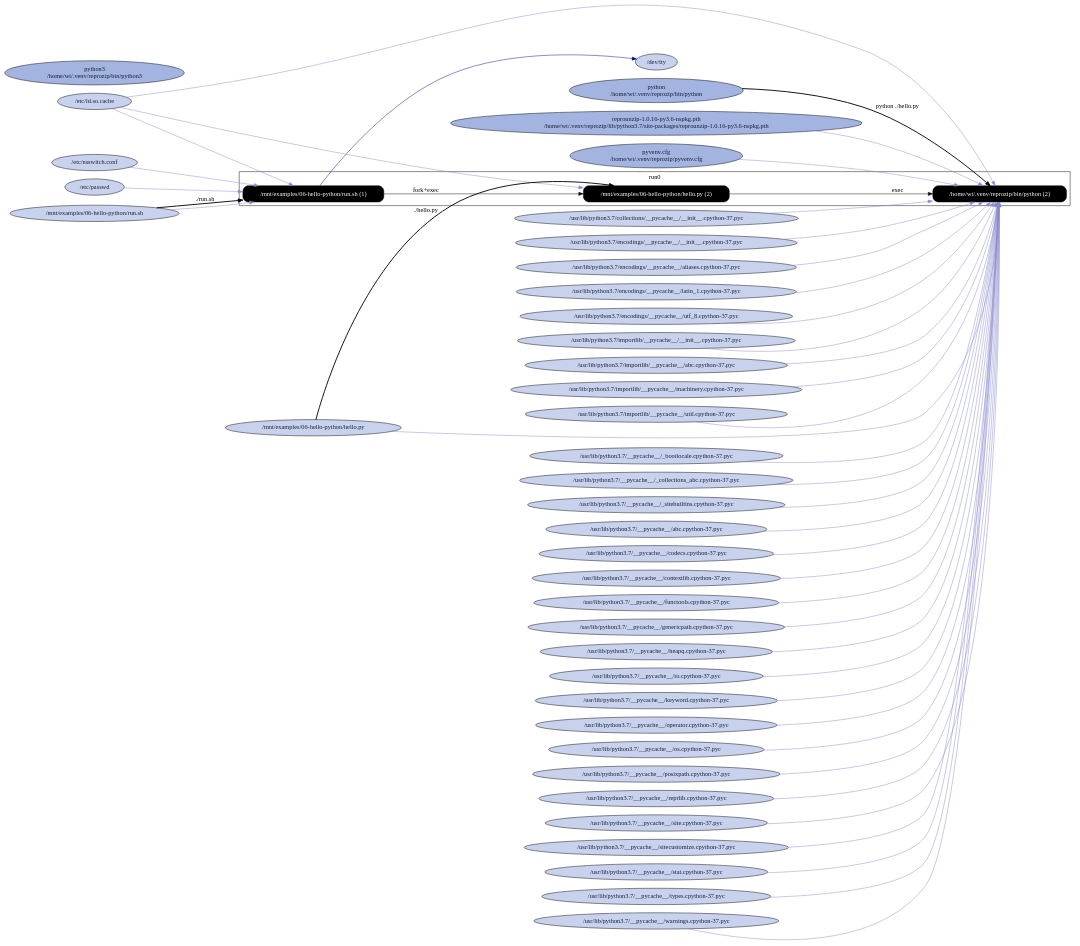
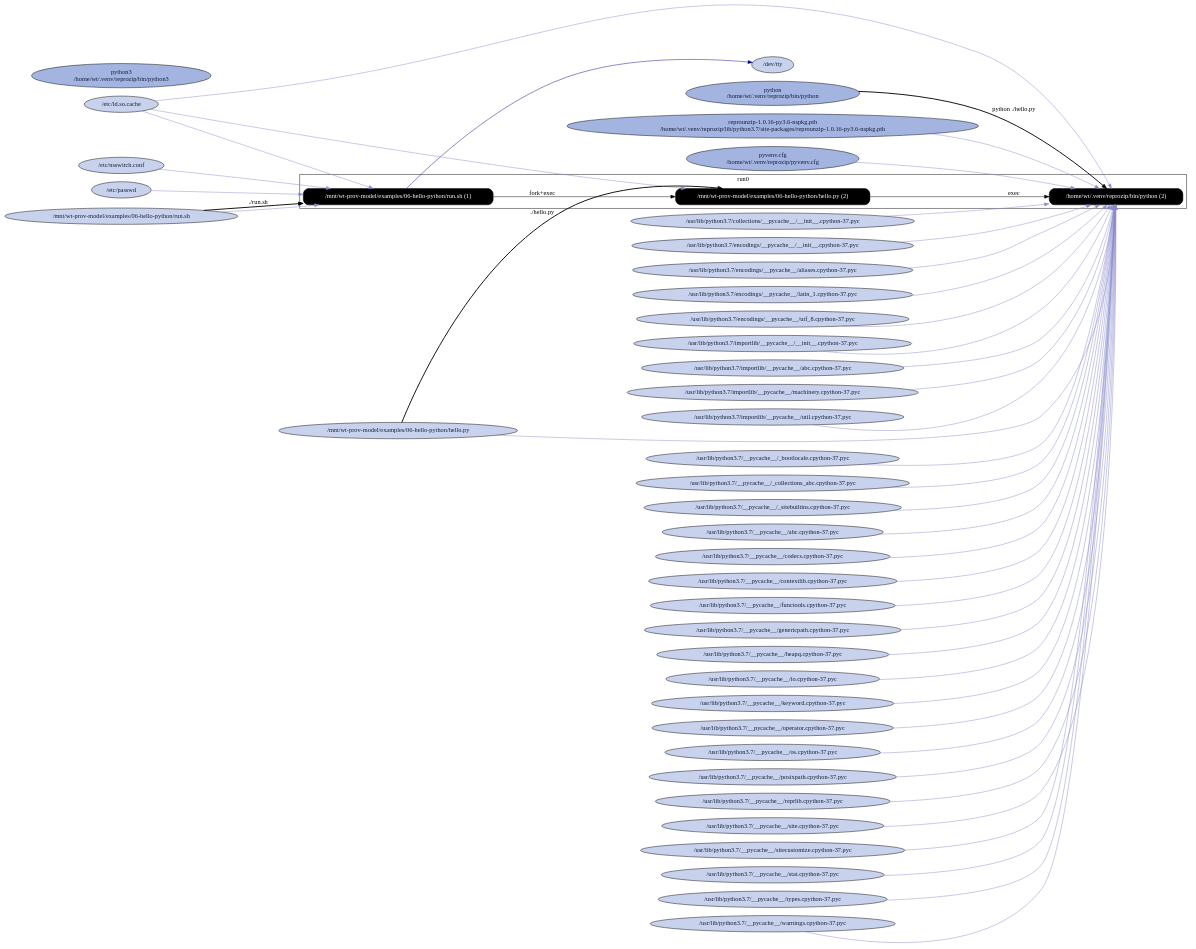
The diagram in examples/06-hello-python/graphs/rpz_C_processes_with_nonpackage_files.dot (CIRSS/cpr), drawn with Graphviz before and after one commit. The commit also changed 106 other files, not shown here.

```diff
--- a/examples/06-hello-python/graphs/rpz_C_processes_with_nonpackage_files.dot
+++ b/examples/06-hello-python/graphs/rpz_C_processes_with_nonpackage_files.dot
@@ -1,100 +1,100 @@
 digraph G {
     rankdir=LR;
 
     /* programs */
     node [shape=box fontcolor=white fillcolor=black style="filled,rounded"];
     subgraph cluster_run0 {
         label="run0";
-        prog0 [label="/mnt/examples/06-hello-python/run.sh (1)"];
-        prog1 [label="/mnt/examples/06-hello-python/hello.py (2)"];
+        prog0 [label="/mnt/wt-prov-model/examples/06-hello-python/run.sh (1)"];
+        prog1 [label="/mnt/wt-prov-model/examples/06-hello-python/hello.py (2)"];
         prog0 -> prog1 [label="fork+exec"];
         prog2 [label="/home/wt/.venv/reprozip/bin/python (2)"];
         prog1 -> prog2 [label="exec"];
     }
 
     node [shape=ellipse fontcolor="#131C39" fillcolor="#C9D2ED"];
 
     /* other files */
     "/dev/tty";
     "/etc/ld.so.cache";
     "/etc/nsswitch.conf";
     "/etc/passwd";
     "/home/wt/.venv/reprozip/bin/python" [fillcolor="#A3B4E0", label="python\n/home/wt/.venv/reprozip/bin/python"];
     "/home/wt/.venv/reprozip/bin/python3" [fillcolor="#A3B4E0", label="python3\n/home/wt/.venv/reprozip/bin/python3"];
     "/home/wt/.venv/reprozip/lib/python3.7/site-packages/reprounzip-1.0.16-py3.6-nspkg.pth" [fillcolor="#A3B4E0", label="reprounzip-1.0.16-py3.6-nspkg.pth\n/home/wt/.venv/reprozip/lib/python3.7/site-packages/reprounzip-1.0.16-py3.6-nspkg.pth"];
     "/home/wt/.venv/reprozip/pyvenv.cfg" [fillcolor="#A3B4E0", label="pyvenv.cfg\n/home/wt/.venv/reprozip/pyvenv.cfg"];
-    "/mnt/examples/06-hello-python/hello.py";
-    "/mnt/examples/06-hello-python/run.sh";
+    "/mnt/wt-prov-model/examples/06-hello-python/hello.py";
+    "/mnt/wt-prov-model/examples/06-hello-python/run.sh";
     "/usr/lib/python3.7/__pycache__/_bootlocale.cpython-37.pyc";
     "/usr/lib/python3.7/__pycache__/_collections_abc.cpython-37.pyc";
     "/usr/lib/python3.7/__pycache__/_sitebuiltins.cpython-37.pyc";
     "/usr/lib/python3.7/__pycache__/abc.cpython-37.pyc";
     "/usr/lib/python3.7/__pycache__/codecs.cpython-37.pyc";
     "/usr/lib/python3.7/__pycache__/contextlib.cpython-37.pyc";
     "/usr/lib/python3.7/__pycache__/functools.cpython-37.pyc";
     "/usr/lib/python3.7/__pycache__/genericpath.cpython-37.pyc";
     "/usr/lib/python3.7/__pycache__/heapq.cpython-37.pyc";
     "/usr/lib/python3.7/__pycache__/io.cpython-37.pyc";
     "/usr/lib/python3.7/__pycache__/keyword.cpython-37.pyc";
     "/usr/lib/python3.7/__pycache__/operator.cpython-37.pyc";
     "/usr/lib/python3.7/__pycache__/os.cpython-37.pyc";
     "/usr/lib/python3.7/__pycache__/posixpath.cpython-37.pyc";
     "/usr/lib/python3.7/__pycache__/reprlib.cpython-37.pyc";
     "/usr/lib/python3.7/__pycache__/site.cpython-37.pyc";
     "/usr/lib/python3.7/__pycache__/sitecustomize.cpython-37.pyc";
     "/usr/lib/python3.7/__pycache__/stat.cpython-37.pyc";
     "/usr/lib/python3.7/__pycache__/types.cpython-37.pyc";
     "/usr/lib/python3.7/__pycache__/warnings.cpython-37.pyc";
     "/usr/lib/python3.7/collections/__pycache__/__init__.cpython-37.pyc";
     "/usr/lib/python3.7/encodings/__pycache__/__init__.cpython-37.pyc";
     "/usr/lib/python3.7/encodings/__pycache__/aliases.cpython-37.pyc";
     "/usr/lib/python3.7/encodings/__pycache__/latin_1.cpython-37.pyc";
     "/usr/lib/python3.7/encodings/__pycache__/utf_8.cpython-37.pyc";
     "/usr/lib/python3.7/importlib/__pycache__/__init__.cpython-37.pyc";
     "/usr/lib/python3.7/importlib/__pycache__/abc.cpython-37.pyc";
     "/usr/lib/python3.7/importlib/__pycache__/machinery.cpython-37.pyc";
     "/usr/lib/python3.7/importlib/__pycache__/util.cpython-37.pyc";
 
-    "/mnt/examples/06-hello-python/run.sh" -> prog0 [style=bold, label="./run.sh"];
+    "/mnt/wt-prov-model/examples/06-hello-python/run.sh" -> prog0 [style=bold, label="./run.sh"];
     "/etc/ld.so.cache" -> prog0 [color="#8888CC"];
     prog0 -> "/dev/tty" [color="#000088"];
     "/etc/nsswitch.conf" -> prog0 [color="#8888CC"];
     "/etc/passwd" -> prog0 [color="#8888CC"];
-    "/mnt/examples/06-hello-python/run.sh" -> prog0 [color="#8888CC"];
-    "/mnt/examples/06-hello-python/hello.py" -> prog1 [style=bold, label="./hello.py"];
+    "/mnt/wt-prov-model/examples/06-hello-python/run.sh" -> prog0 [color="#8888CC"];
+    "/mnt/wt-prov-model/examples/06-hello-python/hello.py" -> prog1 [style=bold, label="./hello.py"];
     "/etc/ld.so.cache" -> prog1 [color="#8888CC"];
     "/home/wt/.venv/reprozip/bin/python" -> prog2 [style=bold, label="python ./hello.py"];
     "/etc/ld.so.cache" -> prog2 [color="#8888CC"];
     "/usr/lib/python3.7/encodings/__pycache__/__init__.cpython-37.pyc" -> prog2 [color="#8888CC"];
     "/usr/lib/python3.7/__pycache__/codecs.cpython-37.pyc" -> prog2 [color="#8888CC"];
     "/usr/lib/python3.7/encodings/__pycache__/aliases.cpython-37.pyc" -> prog2 [color="#8888CC"];
     "/usr/lib/python3.7/encodings/__pycache__/utf_8.cpython-37.pyc" -> prog2 [color="#8888CC"];
     "/usr/lib/python3.7/encodings/__pycache__/latin_1.cpython-37.pyc" -> prog2 [color="#8888CC"];
     "/usr/lib/python3.7/__pycache__/io.cpython-37.pyc" -> prog2 [color="#8888CC"];
     "/usr/lib/python3.7/__pycache__/abc.cpython-37.pyc" -> prog2 [color="#8888CC"];
     "/usr/lib/python3.7/__pycache__/site.cpython-37.pyc" -> prog2 [color="#8888CC"];
     "/usr/lib/python3.7/__pycache__/os.cpython-37.pyc" -> prog2 [color="#8888CC"];
     "/usr/lib/python3.7/__pycache__/stat.cpython-37.pyc" -> prog2 [color="#8888CC"];
     "/usr/lib/python3.7/__pycache__/posixpath.cpython-37.pyc" -> prog2 [color="#8888CC"];
     "/usr/lib/python3.7/__pycache__/genericpath.cpython-37.pyc" -> prog2 [color="#8888CC"];
     "/usr/lib/python3.7/__pycache__/_collections_abc.cpython-37.pyc" -> prog2 [color="#8888CC"];
     "/usr/lib/python3.7/__pycache__/_sitebuiltins.cpython-37.pyc" -> prog2 [color="#8888CC"];
     "/home/wt/.venv/reprozip/pyvenv.cfg" -> prog2 [color="#8888CC"];
     "/home/wt/.venv/reprozip/lib/python3.7/site-packages/reprounzip-1.0.16-py3.6-nspkg.pth" -> prog2 [color="#8888CC"];
     "/usr/lib/python3.7/__pycache__/_bootlocale.cpython-37.pyc" -> prog2 [color="#8888CC"];
     "/usr/lib/python3.7/__pycache__/types.cpython-37.pyc" -> prog2 [color="#8888CC"];
     "/usr/lib/python3.7/importlib/__pycache__/__init__.cpython-37.pyc" -> prog2 [color="#8888CC"];
     "/usr/lib/python3.7/__pycache__/warnings.cpython-37.pyc" -> prog2 [color="#8888CC"];
     "/usr/lib/python3.7/importlib/__pycache__/util.cpython-37.pyc" -> prog2 [color="#8888CC"];
     "/usr/lib/python3.7/importlib/__pycache__/abc.cpython-37.pyc" -> prog2 [color="#8888CC"];
     "/usr/lib/python3.7/importlib/__pycache__/machinery.cpython-37.pyc" -> prog2 [color="#8888CC"];
     "/usr/lib/python3.7/__pycache__/contextlib.cpython-37.pyc" -> prog2 [color="#8888CC"];
     "/usr/lib/python3.7/collections/__pycache__/__init__.cpython-37.pyc" -> prog2 [color="#8888CC"];
     "/usr/lib/python3.7/__pycache__/operator.cpython-37.pyc" -> prog2 [color="#8888CC"];
     "/usr/lib/python3.7/__pycache__/keyword.cpython-37.pyc" -> prog2 [color="#8888CC"];
     "/usr/lib/python3.7/__pycache__/heapq.cpython-37.pyc" -> prog2 [color="#8888CC"];
     "/usr/lib/python3.7/__pycache__/reprlib.cpython-37.pyc" -> prog2 [color="#8888CC"];
     "/usr/lib/python3.7/__pycache__/functools.cpython-37.pyc" -> prog2 [color="#8888CC"];
     "/usr/lib/python3.7/__pycache__/sitecustomize.cpython-37.pyc" -> prog2 [color="#8888CC"];
-    "/mnt/examples/06-hello-python/hello.py" -> prog2 [color="#8888CC"];
+    "/mnt/wt-prov-model/examples/06-hello-python/hello.py" -> prog2 [color="#8888CC"];
 }
```
